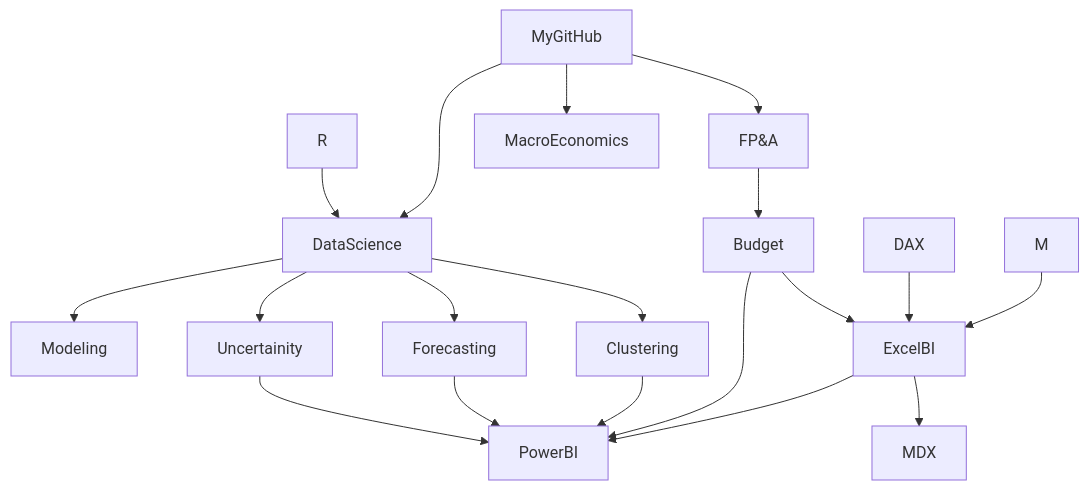
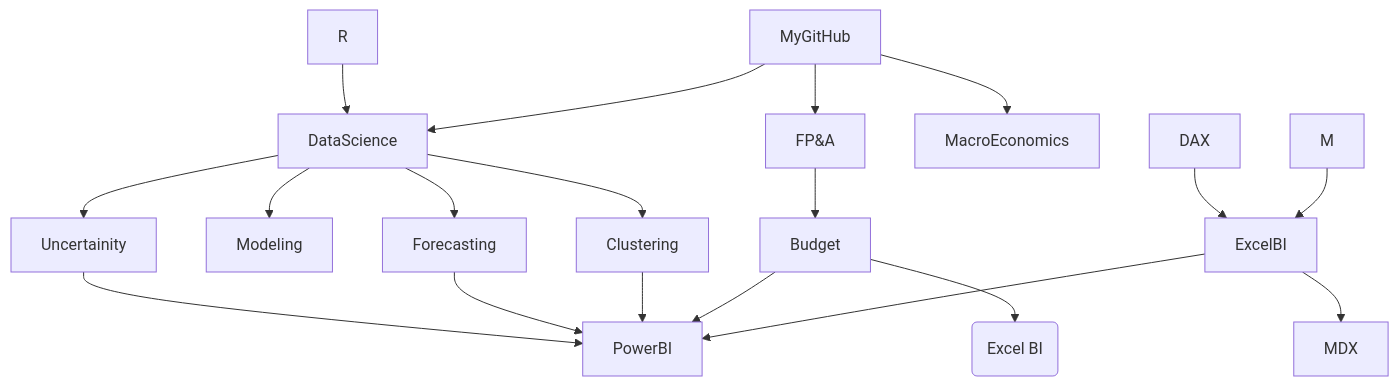
One commit to md3629/md3629 changed the diagram in README.md. Above: the diagram before and after it, drawn with Mermaid.

````diff
--- a/README.md
+++ b/README.md
@@ -9,21 +9,21 @@
 ```mermaid
 graph TD;
     MyGitHub-->FP&A;
     FP&A-->Budget;
     R-->DataScience;
     MyGitHub-->DataScience;
     MyGitHub-->MacroEconomics;
     DataScience-->Modeling;
     DataScience-->Forecasting;
     DataScience-->Clustering;
     DataScience-->Uncertainity;
     Uncertainity-->PowerBI;
     Forecasting-->PowerBI;
     Clustering-->PowerBI;
     Budget-->PowerBI;
-    Budget-->ExcelBI;
+    Budget-->E(Excel BI);
     DAX-->ExcelBI;
     M-->ExcelBI;
     ExcelBI-->PowerBI;
     ExcelBI-->MDX;
 ```
````
